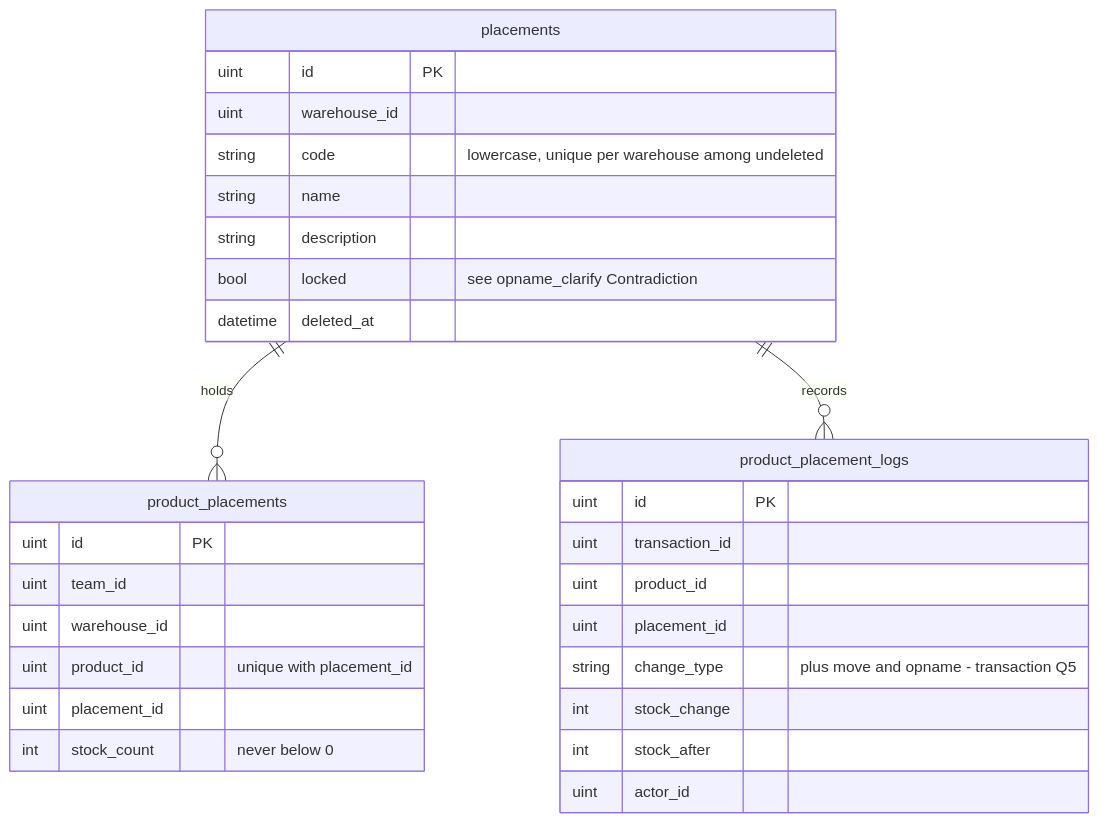
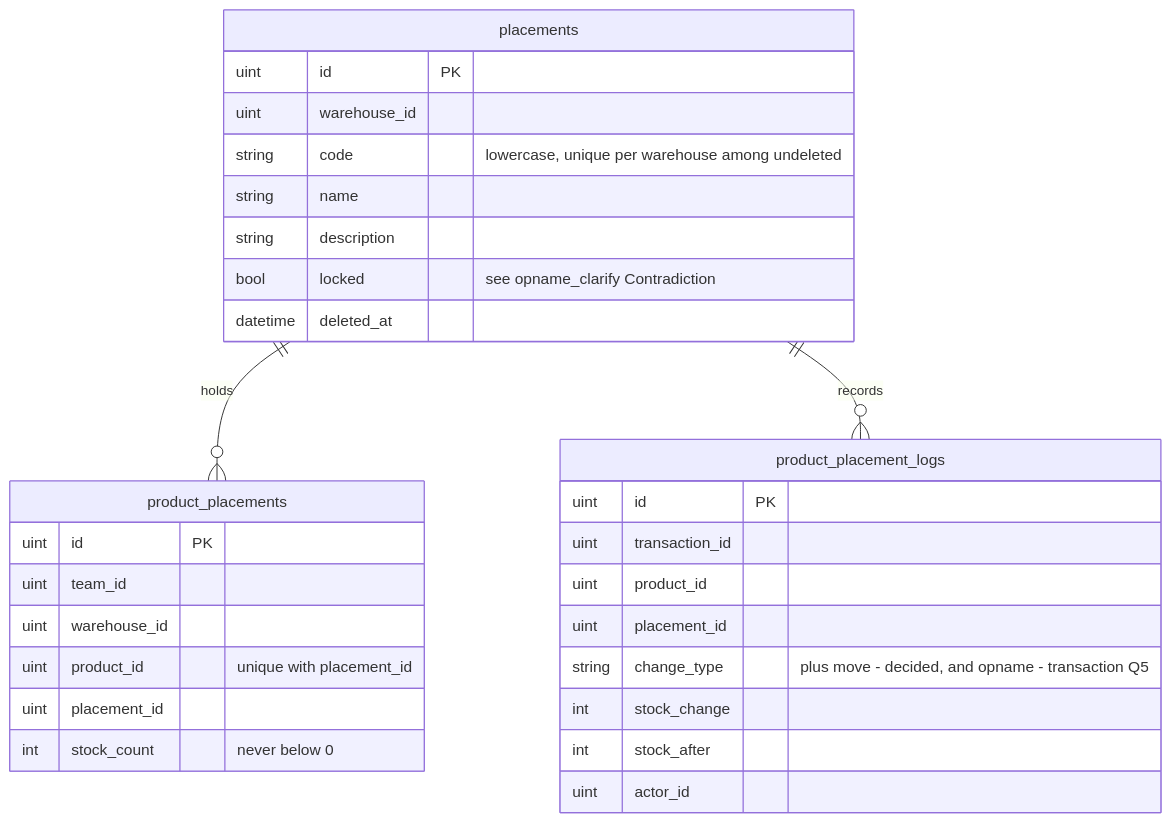
One commit to pdcgo/warehouse_revamp changed the second of 4 diagrams in docs/business/inventory/placement_clarify.md. Above: the diagram before and after it, drawn with Mermaid. The commit also changed other lines of this file and 5 other files, not shown here.

First line of the commit message:
docs(inventory): placement decided — sample, split lines, the move, the rack's number

````diff
--- a/docs/business/inventory/placement_clarify.md
+++ b/docs/business/inventory/placement_clarify.md
@@ -101,32 +149,32 @@
 ```mermaid
 erDiagram
   placements ||--o{ product_placements : holds
   placements ||--o{ product_placement_logs : records
   placements {
     uint id PK
     uint warehouse_id
     string code "lowercase, unique per warehouse among undeleted"
     string name
     string description
     bool locked "see opname_clarify Contradiction"
     datetime deleted_at
   }
   product_placements {
     uint id PK
     uint team_id
     uint warehouse_id
     uint product_id "unique with placement_id"
     uint placement_id
     int stock_count "never below 0"
   }
   product_placement_logs {
     uint id PK
     uint transaction_id
     uint product_id
     uint placement_id
-    string change_type "plus move and opname - transaction Q5"
+    string change_type "plus move - decided, and opname - transaction Q5"
     int stock_change
     int stock_after
     uint actor_id
   }
 ```
````
